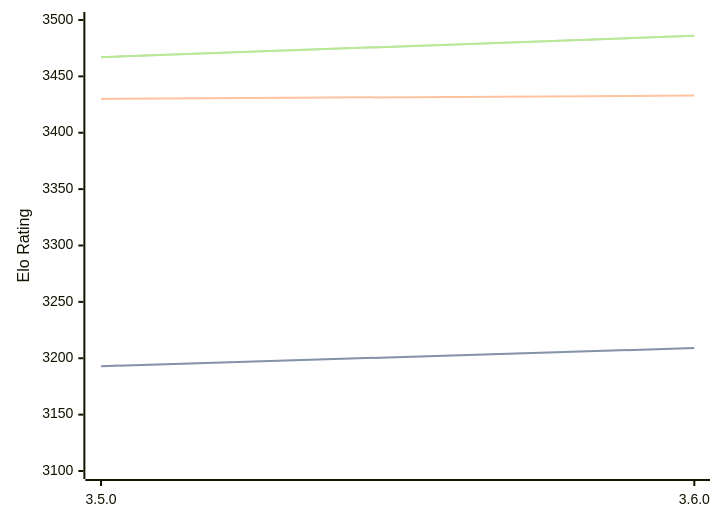
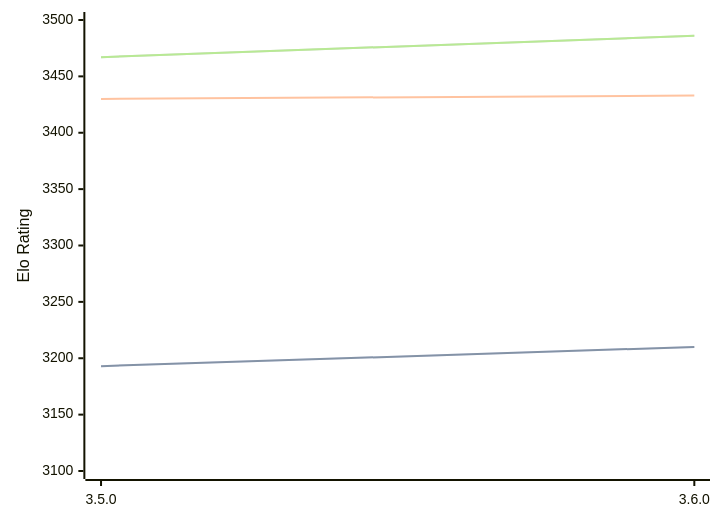
One commit to computer-chess-index/cci changed the diagram in engines/Igel.md. Above: the diagram before and after it, drawn with Mermaid. The commit also changed other lines of this file, not shown here.

Commit message:
Update CCI Ratings (ELO VLTC) - 2026-04-12

````diff
--- a/engines/Igel.md
+++ b/engines/Igel.md
@@ -68,11 +68,11 @@
 ```mermaid
 %%{init: {"theme":"base","themeVariables":{"seriesColors:['#a3a3a3','#222221','#faa371']}}}%%
 xychart-beta
   x-axis ["3.5.0", "3.6.0"]
   y-axis "Elo Rating" 3100 --> 3500
-  line "STC (8.0+0.08s)" [3193, 3209]
-  line "STC (8.0+0.08s)" [3193, 3209]
+  line "STC (8.0+0.08s)" [3193, 3210]
+  line "STC (8.0+0.08s)" [3193, 3210]
   line "LTC (60.0+0.60s)" [3430, 3433]
   line "VLTC (2m24s+1.12s)" [3467, 3486]
   line "VLTC (2m24s+1.12s)" [3467, 3486]
 ```
````
